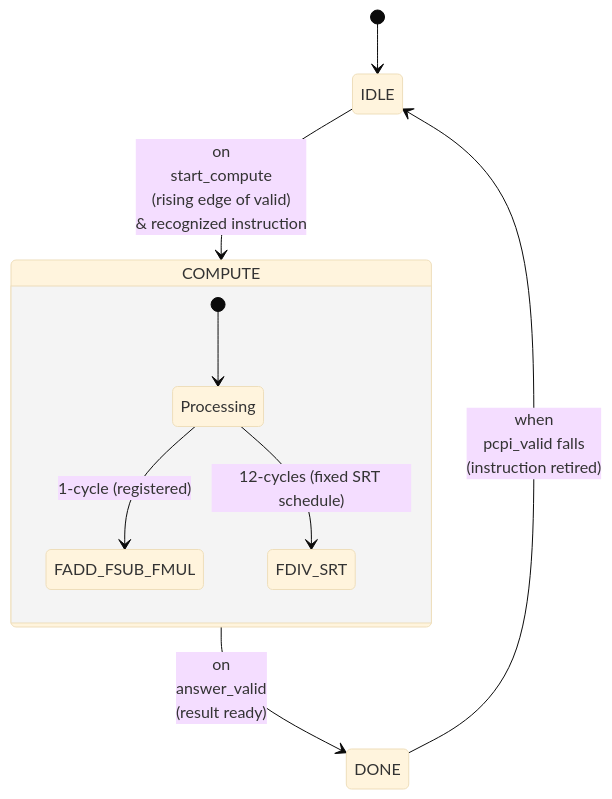
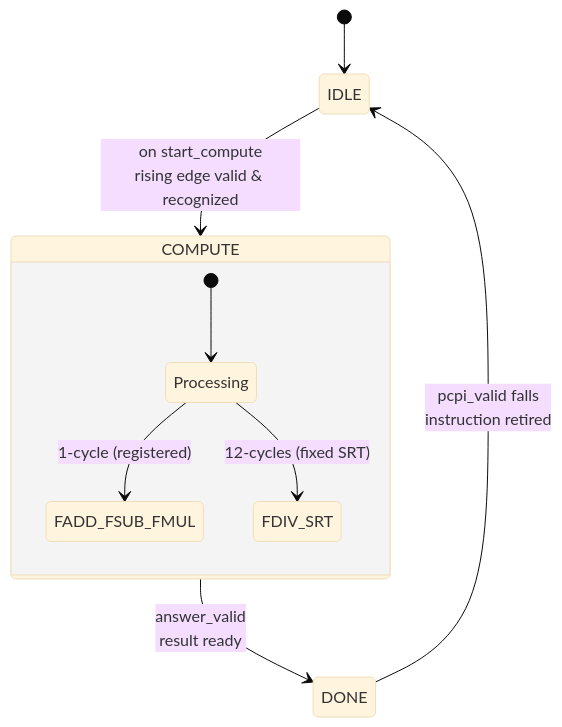
One commit to Srivathsan1293/half-precision-fpu changed the second of 3 diagrams in fpu_architecture.md. Above: the diagram before and after it, drawn with Mermaid (base theme). The commit also changed other lines of this file, not shown here.

First line of the commit message:
docs: Fix remaining text overflow in all Mermaid diagrams

````diff
--- a/fpu_architecture.md
+++ b/fpu_architecture.md
@@ -41,16 +41,16 @@
 ```mermaid
 stateDiagram-v2
     [*] --> IDLE
     
-    IDLE --> COMPUTE : on<br/>start_compute<br/>(rising edge of valid)<br/>& recognized instruction
+    IDLE --> COMPUTE : on start_compute<br/>rising edge valid & recognized
     
     state COMPUTE {
         [*] --> Processing
         Processing --> FADD_FSUB_FMUL : 1-cycle (registered)
-        Processing --> FDIV_SRT : 12-cycles (fixed SRT schedule)
+        Processing --> FDIV_SRT : 12-cycles (fixed SRT)
     }
     
-    COMPUTE --> DONE : on<br/>answer_valid<br/>(result ready)
+    COMPUTE --> DONE : answer_valid<br/>result ready
     
-    DONE --> IDLE : when<br/>pcpi_valid falls<br/>(instruction retired)
+    DONE --> IDLE : pcpi_valid falls<br/>instruction retired
 ```
````
